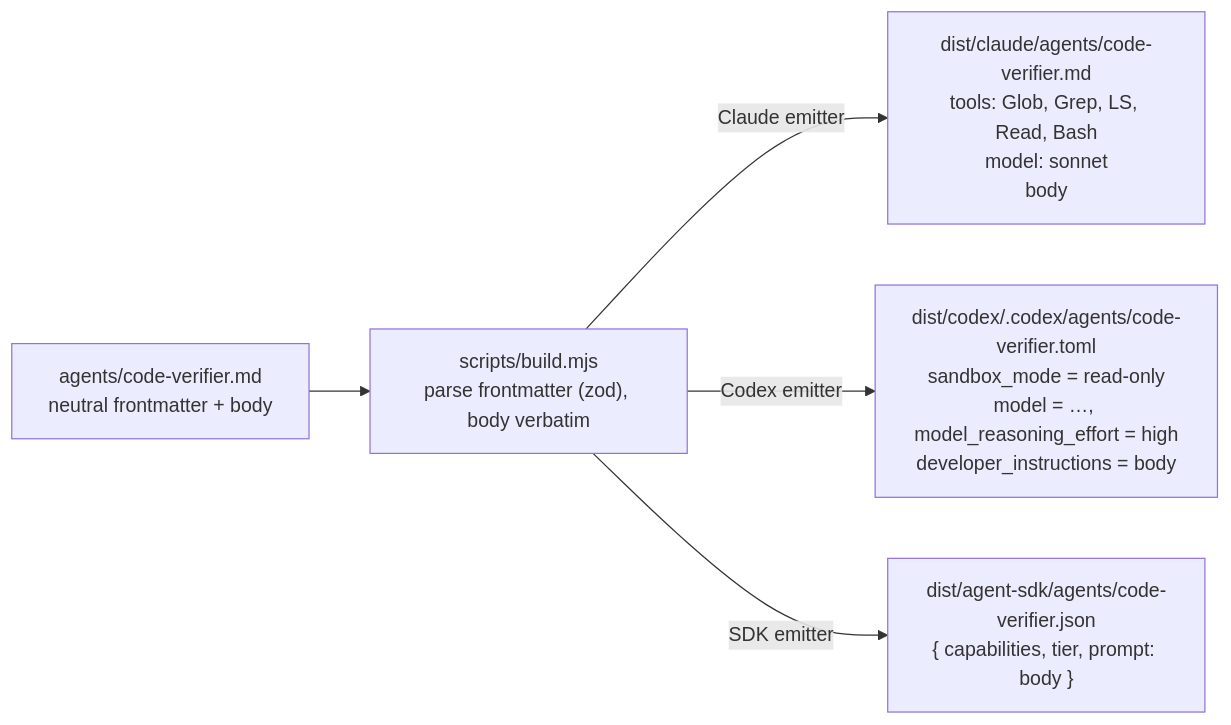
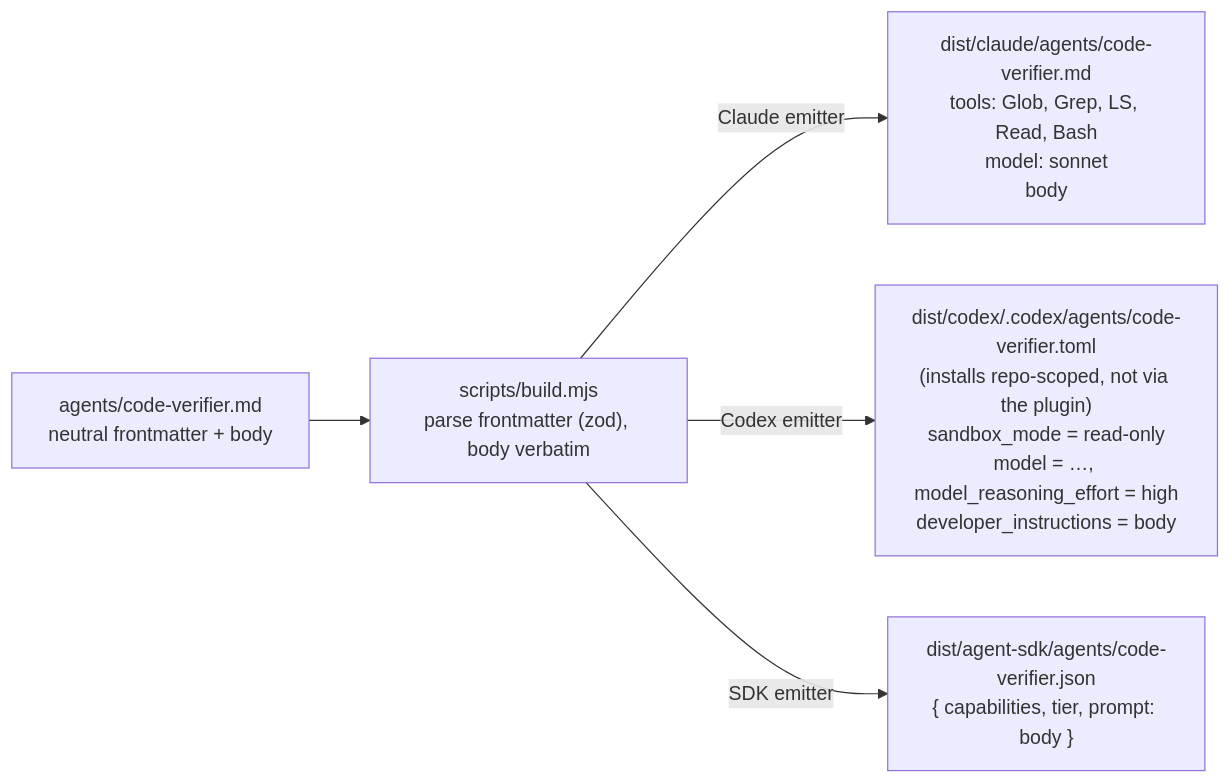
The second of 4 diagrams in rfcs/RFC-006.md (Good-Ground-Collective/flight-rules), drawn with Mermaid before and after one commit. The commit also changed other lines of this file, not shown here.

First line of the commit message:
docs(rfc): RFC-006 — fold in owner decisions on Codex agents, tiers, packaging, CI-only artifacts

````diff
--- a/rfcs/RFC-006.md
+++ b/rfcs/RFC-006.md
@@ -133,9 +134,9 @@
 ```mermaid
 flowchart LR
   A["agents/code-verifier.md<br/>neutral frontmatter + body"]
   B["scripts/build.mjs<br/>parse frontmatter (zod), body verbatim"]
   A --> B
   B -->|"Claude emitter"| C["dist/claude/agents/code-verifier.md<br/>tools: Glob, Grep, LS, Read, Bash<br/>model: sonnet<br/>body"]
-  B -->|"Codex emitter"| D["dist/codex/.codex/agents/code-verifier.toml<br/>sandbox_mode = read-only<br/>model = …, model_reasoning_effort = high<br/>developer_instructions = body"]
+  B -->|"Codex emitter"| D["dist/codex/.codex/agents/code-verifier.toml<br/>(installs repo-scoped, not via the plugin)<br/>sandbox_mode = read-only<br/>model = …, model_reasoning_effort = high<br/>developer_instructions = body"]
   B -->|"SDK emitter"| E["dist/agent-sdk/agents/code-verifier.json<br/>{ capabilities, tier, prompt: body }"]
 ```
````
